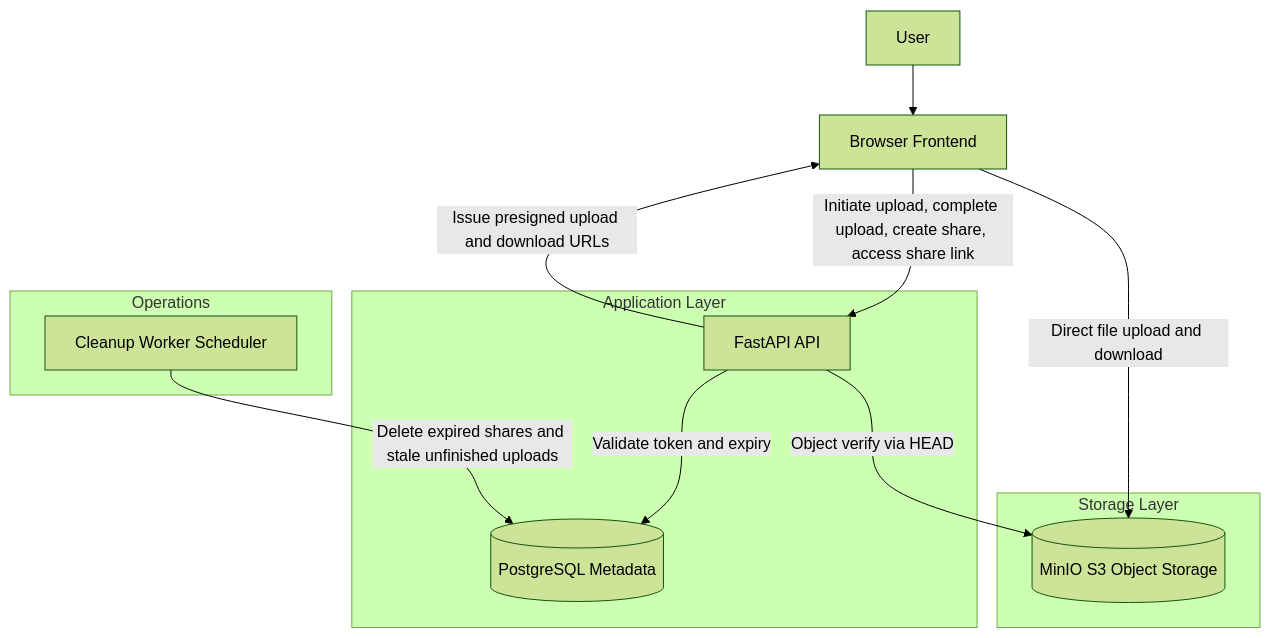
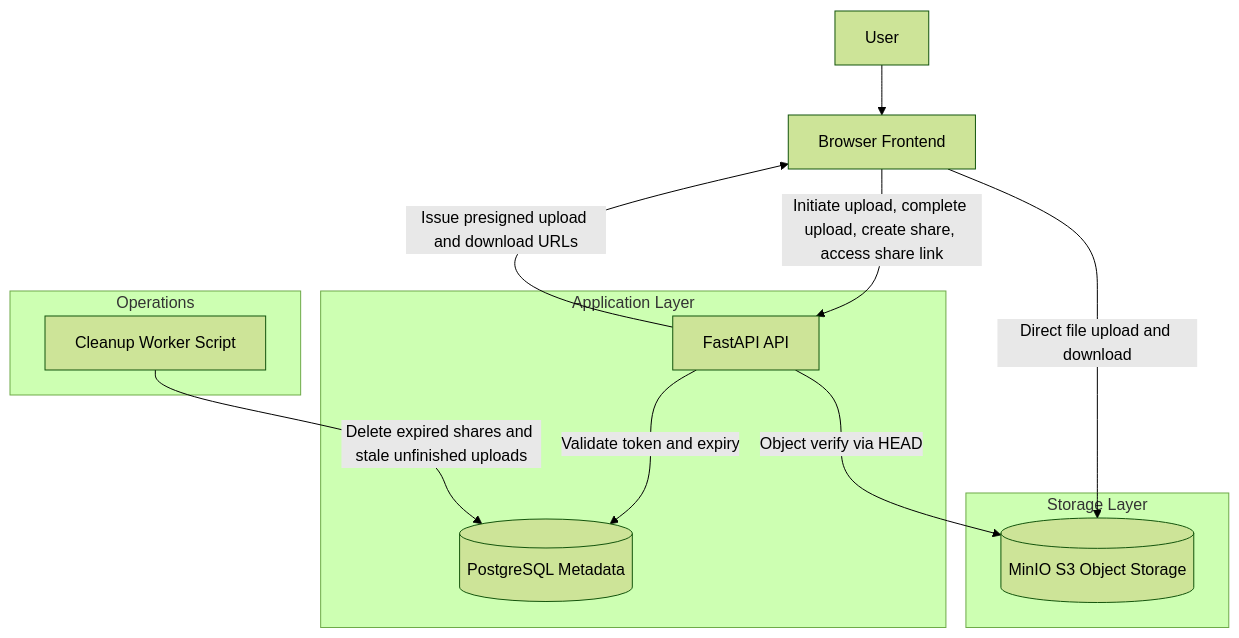
One commit to F64116045/File-Sharing-Application changed the first of 2 diagrams in README.md. Above: the diagram before and after it, drawn with Mermaid (forest theme). The commit also changed other lines of this file and 1 other file, not shown here.

Commit message:
chore(ops): add cleanup compose service under ops profile

````diff
--- a/README.md
+++ b/README.md
@@ -41,29 +41,29 @@
 ```mermaid
 flowchart TB
     U[User]
     FE[Browser Frontend]
 
     subgraph AppLayer[Application Layer]
       API[FastAPI API]
       DB[(PostgreSQL Metadata)]
     end
 
     subgraph StorageLayer[Storage Layer]
       S3[(MinIO S3 Object Storage)]
     end
 
     subgraph OpsLayer[Operations]
-      CW[Cleanup Worker Scheduler]
+      CW[Cleanup Worker Script]
     end
 
     U --> FE
 
     FE -->|Initiate upload, complete upload, create share, access share link| API
     API -->|Issue presigned upload and download URLs| FE
 
     FE -->|Direct file upload and download| S3
     API -->|Object verify via HEAD| S3
 
     API -->|Validate token and expiry| DB
     CW -->|Delete expired shares and stale unfinished uploads| DB
 ```
````
